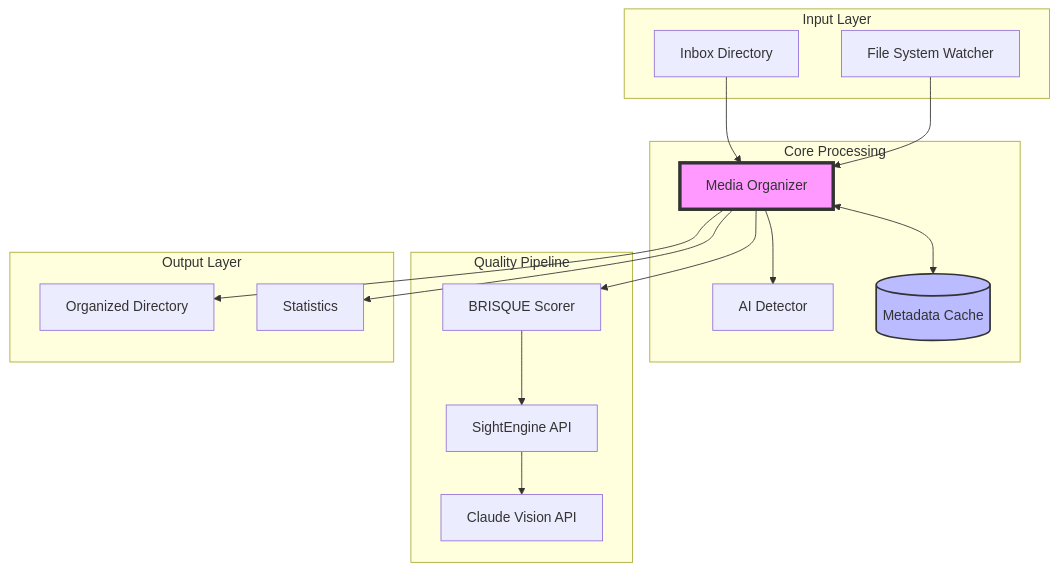
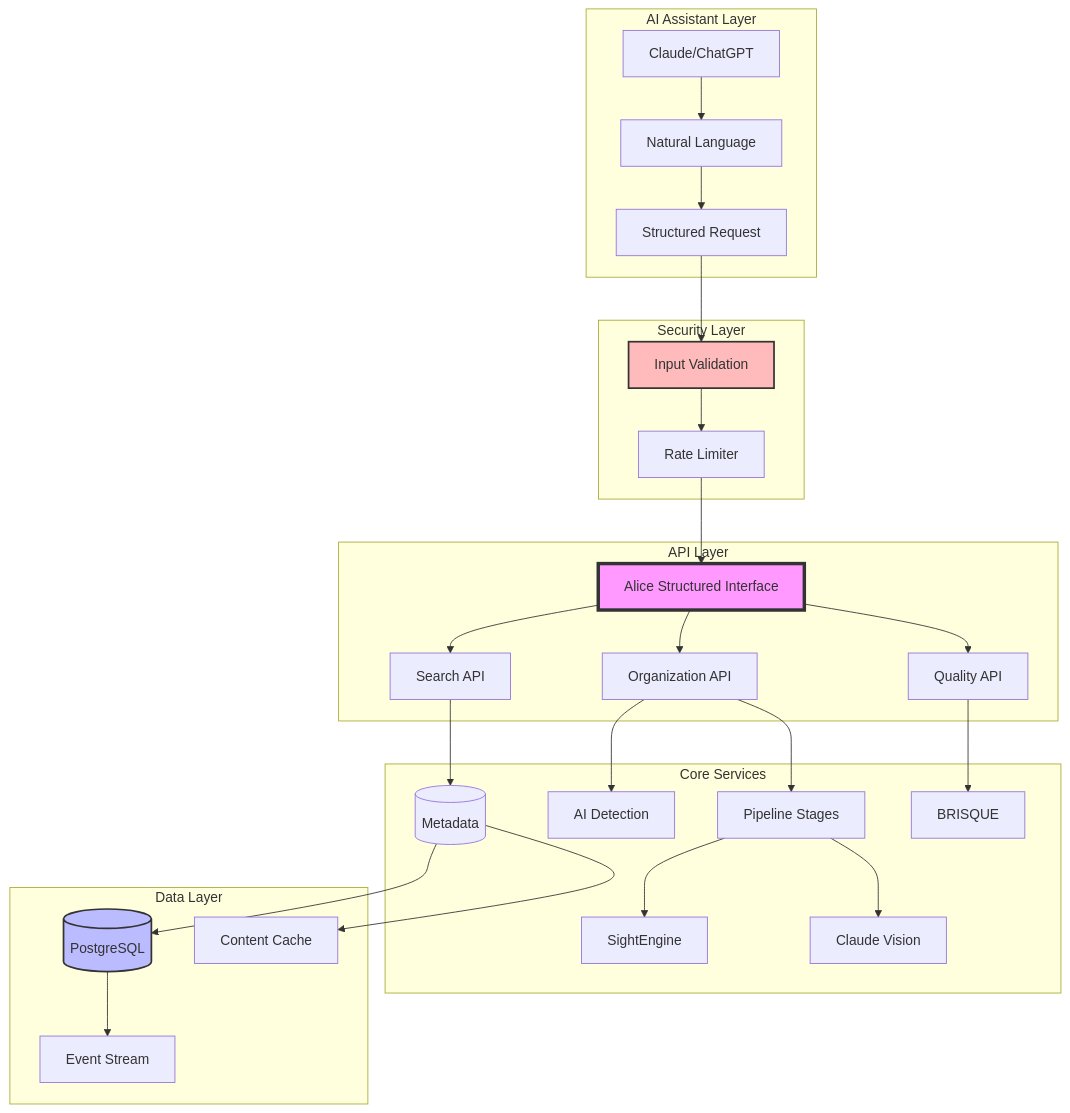
The first of 5 diagrams in docs/architecture/index.md (sandrom/AliceMultiverse), drawn with Mermaid before and after one commit. The commit also changed other lines of this file and 5 other files, not shown here.

First line of the commit message:
Update documentation to reflect AI-native architecture

````diff
--- a/docs/architecture/index.md
+++ b/docs/architecture/index.md
@@ -9,37 +13,38 @@
 ```mermaid
 graph TB
-    subgraph "Input Layer"
-        IN[Inbox Directory]
-        WATCH[File System Watcher]
+    subgraph "AI Assistant Layer"
+        AI[Claude/ChatGPT] --> NLP[Natural Language]
+        NLP --> STRUCT[Structured Request]
     end
     
-    subgraph "Core Processing"
-        ORG[Media Organizer]
-        DETECT[AI Detector]
-        CACHE[(Metadata Cache)]
+    subgraph "Security Layer"
+        STRUCT --> VAL[Input Validation]
+        VAL --> RATE[Rate Limiter]
     end
     
-    subgraph "Quality Pipeline"
-        BRISQUE[BRISQUE Scorer]
-        SIGHT[SightEngine API]
-        CLAUDE[Claude Vision API]
+    subgraph "API Layer"
+        RATE --> API[Alice Structured Interface]
+        API --> SEARCH[Search API]
+        API --> ORG[Organization API]
+        API --> QUAL[Quality API]
     end
     
-    subgraph "Output Layer"
-        OUT[Organized Directory]
-        STATS[Statistics]
+    subgraph "Core Services"
+        ORG --> DETECT[AI Detection]
+        ORG --> PIPE[Pipeline Stages]
+        SEARCH --> META[(Metadata)]
+        QUAL --> BRISQUE[BRISQUE]
+        PIPE --> SIGHT[SightEngine]
+        PIPE --> CLAUDE[Claude Vision]
     end
     
-    IN --> ORG
-    WATCH --> ORG
-    ORG --> DETECT
-    ORG <--> CACHE
-    ORG --> BRISQUE
-    BRISQUE --> SIGHT
-    SIGHT --> CLAUDE
-    ORG --> OUT
-    ORG --> STATS
+    subgraph "Data Layer"
+        META --> PG[(PostgreSQL)]
+        PG --> EVENT[Event Stream]
+        META --> CACHE[Content Cache]
+    end
     
-    style ORG fill:#f9f,stroke:#333,stroke-width:4px
-    style CACHE fill:#bbf,stroke:#333,stroke-width:2px
+    style API fill:#f9f,stroke:#333,stroke-width:4px
+    style PG fill:#bbf,stroke:#333,stroke-width:2px
+    style VAL fill:#fbb,stroke:#333,stroke-width:2px
 ```
````
